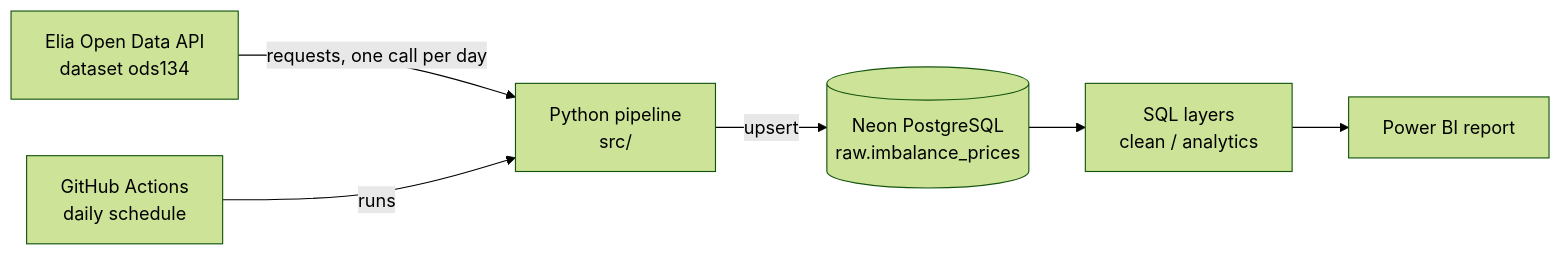
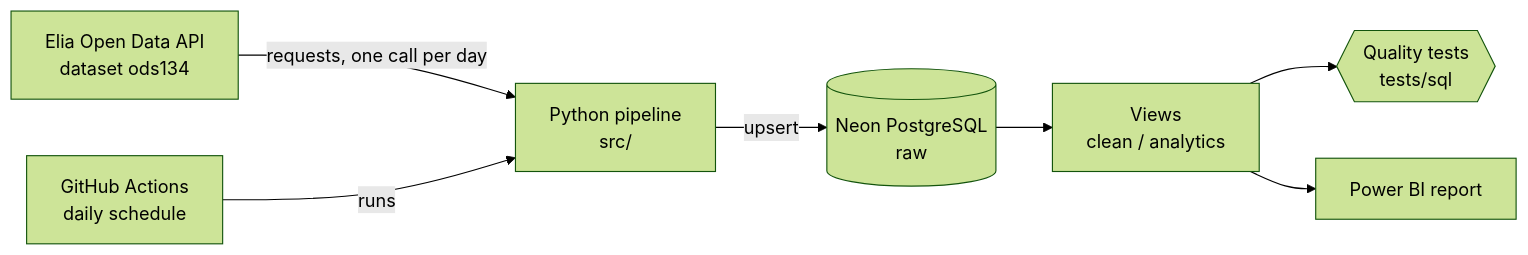
The diagram in README.md (EG-Cloud/elia_belgian_imbalance_prices), drawn with Mermaid (forest theme) before and after one commit. The commit also changed other lines of this file and 1 other file, not shown here.

````diff
--- a/README.md
+++ b/README.md
@@ -36,8 +36,9 @@
 ```mermaid
 flowchart LR
     A[Elia Open Data API<br/>dataset ods134] -->|requests, one call per day| B[Python pipeline<br/>src/]
     C[GitHub Actions<br/>daily schedule] -->|runs| B
-    B -->|upsert| D[(Neon PostgreSQL<br/>raw.imbalance_prices)]
-    D --> E[SQL layers<br/>clean / analytics]
+    B -->|upsert| D[(Neon PostgreSQL<br/>raw)]
+    D --> E[Views<br/>clean / analytics]
+    E --> G{{Quality tests<br/>tests/sql}}
     E --> F[Power BI report]
 ```
````
